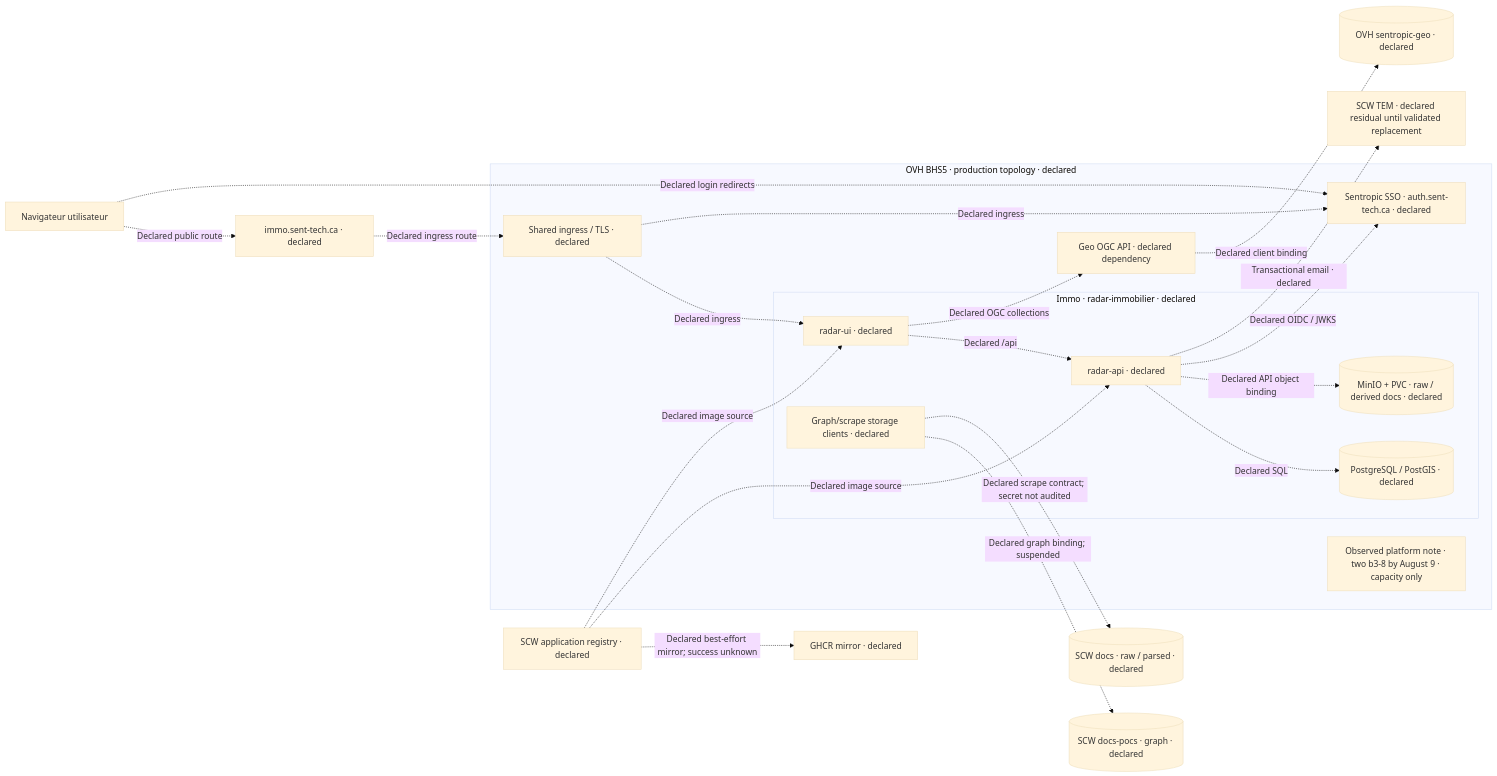
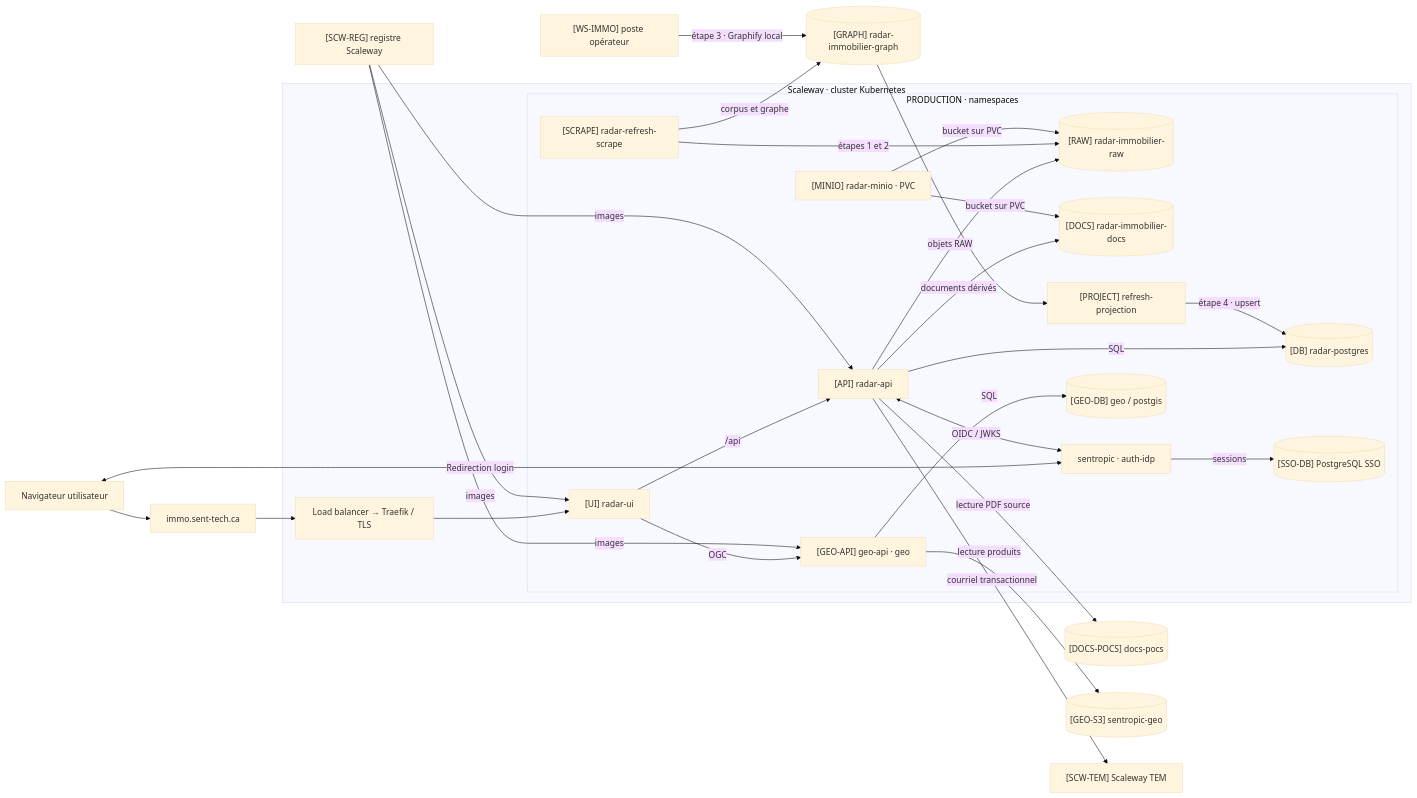
One commit to rhanka/radar-immobilier changed the first of 9 diagrams in docs/architecture.md. Above: the diagram before and after it, drawn with Mermaid (base theme). The commit also changed other lines of this file and 54 other files, not shown here.

First line of the commit message:
docs(rapports): rapport d'activité et rapport de coûts 10 août → 13 septembre 2026, diagrammes Focus v11 et skill de génération

````diff
--- a/docs/architecture.md
+++ b/docs/architecture.md
@@ -10,29 +15,53 @@
 ```mermaid
 flowchart LR
-  A_USER["Navigateur utilisateur"] -.->|"Declared public route"| A_URL["immo.sent-tech.ca · declared"]
-  subgraph A_CLOUD["OVH BHS5 · production topology · declared"]
-    A_EDGE["Shared ingress / TLS · declared"]
-    subgraph A_IMMO["Immo · radar-immobilier · declared"]
-      A_UI["radar-ui · declared"] -.->|"Declared /api"| A_API["radar-api · declared"]
-      A_API -.->|"Declared SQL"| A_DB[("PostgreSQL / PostGIS · declared")]
-      A_API -.->|"Declared API object binding"| A_MINIO[("MinIO + PVC · raw / derived docs · declared")]
-      A_CLIENTS["Graph/scrape storage clients · declared"]
+  A_USER["Navigateur utilisateur"]
+  A_URL["immo.sent-tech.ca"]
+  subgraph A_SCW["Scaleway · cluster Kubernetes"]
+    A_EDGE["Load balancer → Traefik / TLS"]
+    subgraph A_PROD["PRODUCTION · namespaces"]
+      A_MINIO["[MINIO] radar-minio · PVC"]
+      A_RAW[("[RAW] radar-immobilier-raw")]
+      A_DOCS[("[DOCS] radar-immobilier-docs")]
+      A_UI["[UI] radar-ui"]
+      A_API["[API] radar-api"]
+      A_DB[("[DB] radar-postgres")]
+      A_SCRAPE["[SCRAPE] radar-refresh-scrape"]
+      A_PROJECT["[PROJECT] refresh-projection"]
+      A_SSO["sentropic · auth-idp"]
+      A_SSO_DB[("[SSO-DB] PostgreSQL SSO")]
+      A_GEO["[GEO-API] geo-api · geo"]
+      A_GEO_DB[("[GEO-DB] geo / postgis")]
     end
-    A_SSO["Sentropic SSO · auth.sent-tech.ca · declared"]
-    A_GEO["Geo OGC API · declared dependency"]
-    A_CAPACITY["Observed platform note · two b3-8 by August 9 · capacity only"]
-    A_EDGE -.->|"Declared ingress"| A_UI
-    A_EDGE -.->|"Declared ingress"| A_SSO
-    A_UI -.->|"Declared OGC collections"| A_GEO
-    A_API -.->|"Declared OIDC / JWKS"| A_SSO
   end
-  A_URL -.->|"Declared ingress route"| A_EDGE
-  A_USER -.->|"Declared login redirects"| A_SSO
-  A_GEO -.->|"Declared client binding"| A_GEOS3[("OVH sentropic-geo · declared")]
-  A_CLIENTS -.->|"Declared graph binding; suspended"| A_SCWGRAPH[("SCW docs-pocs · graph · declared")]
-  A_CLIENTS -.->|"Declared scrape contract; secret not audited"| A_SCWDOCS[("SCW docs · raw / parsed · declared")]
-  A_SCWREG["SCW application registry · declared"] -.->|"Declared image source"| A_API
-  A_SCWREG -.->|"Declared image source"| A_UI
-  A_SCWREG -.->|"Declared best-effort mirror; success unknown"| A_GHCR["GHCR mirror · declared"]
-  A_API -.->|"Transactional email · declared"| A_TEM["SCW TEM · declared residual until validated replacement"]
+  A_SCWREG["[SCW-REG] registre Scaleway"]
+  A_GRAPH_S3[("[GRAPH] radar-immobilier-graph")]
+  A_DOCS_S3[("[DOCS-POCS] docs-pocs")]
+  A_GEO_S3[("[GEO-S3] sentropic-geo")]
+  A_WS["[WS-IMMO] poste opérateur"]
+  A_TEM["[SCW-TEM] Scaleway TEM"]
+  A_USER --> A_URL
+  A_URL --> A_EDGE
+  A_USER <-->|"Redirection login"| A_SSO
+  A_EDGE --> A_UI
+  A_UI -->|"/api"| A_API
+  A_API -->|"SQL"| A_DB
+  A_API -->|"objets RAW"| A_RAW
+  A_API -->|"documents dérivés"| A_DOCS
+  A_SCRAPE -->|"étapes 1 et 2"| A_RAW
+  A_SCRAPE -->|"corpus et graphe"| A_GRAPH_S3
+  A_GRAPH_S3 --> A_PROJECT
+  A_PROJECT -->|"étape 4 · upsert"| A_DB
+  A_WS -->|"étape 3 · Graphify local"| A_GRAPH_S3
+  A_API -->|"lecture PDF source"| A_DOCS_S3
+  A_API <-->|"OIDC / JWKS"| A_SSO
+  A_SSO -->|"sessions"| A_SSO_DB
+  A_UI -->|"OGC"| A_GEO
+  A_GEO -->|"SQL"| A_GEO_DB
+  A_GEO -->|"lecture produits"| A_GEO_S3
+  A_MINIO -->|"bucket sur PVC"| A_RAW
+  A_MINIO -->|"bucket sur PVC"| A_DOCS
+  A_SCWREG -->|"images"| A_API
+  A_SCWREG -->|"images"| A_UI
+  A_SCWREG -->|"images"| A_GEO
+  A_API -->|"courriel transactionnel"| A_TEM
 ```
````
